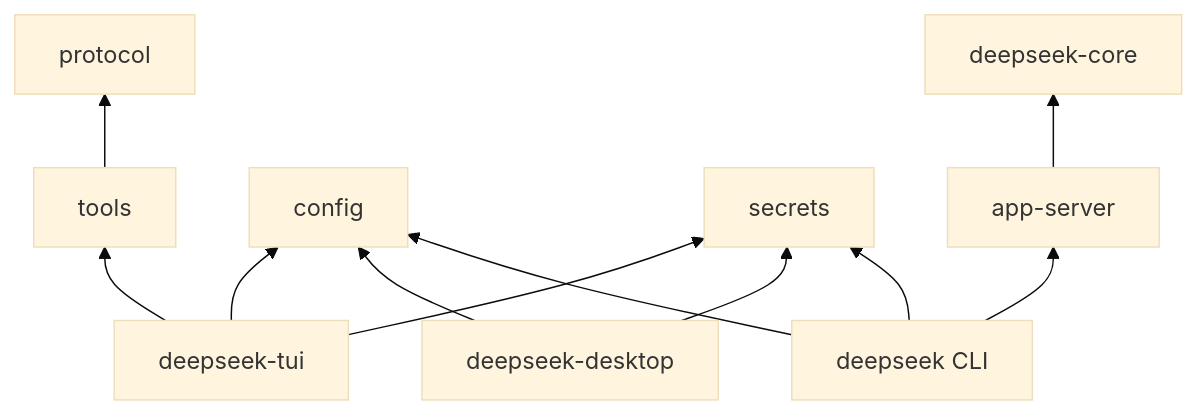
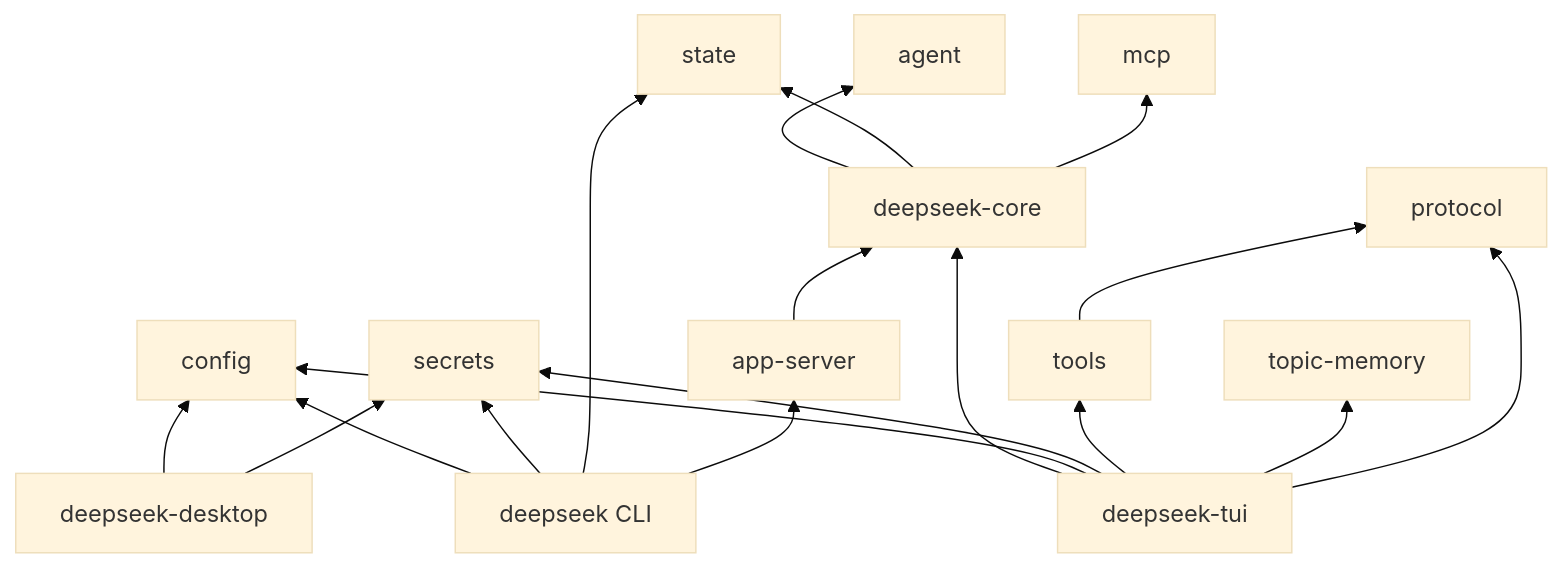
The third of 3 diagrams in docs/tech/RUNTIME_ARCHITECTURE.md (didclawapp-ai/zagens), drawn with Mermaid (base theme) before and after one commit. The commit also changed other lines of this file and 11 other files, not shown here.

````diff
--- a/docs/tech/RUNTIME_ARCHITECTURE.md
+++ b/docs/tech/RUNTIME_ARCHITECTURE.md
@@ -96,19 +128,27 @@
 ```mermaid
 flowchart BT
   TUI[deepseek-tui]
   DESK[deepseek-desktop]
   CLI[deepseek CLI]
   ASRV[app-server]
   CORE[deepseek-core]
+  TM[topic-memory]
 
+  TUI --> CORE
   TUI --> CFG[config]
   TUI --> SEC[secrets]
   TUI --> TOOLS[tools]
+  TUI --> TM
+  TUI --> PROTO[protocol]
   DESK --> CFG
   DESK --> SEC
   CLI --> CFG
   CLI --> SEC
+  CLI --> STATE[state]
   CLI --> ASRV
   ASRV --> CORE
-  TOOLS --> PROTO[protocol]
+  CORE --> AGENT[agent]
+  CORE --> STATE
+  CORE --> MCP[mcp]
+  TOOLS --> PROTO
 ```
````
